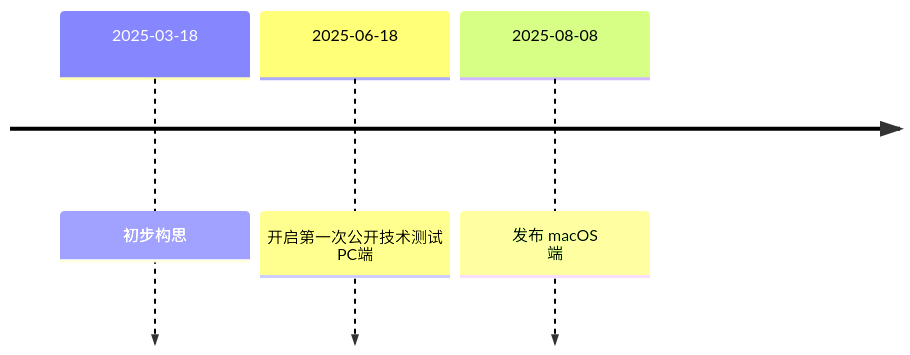
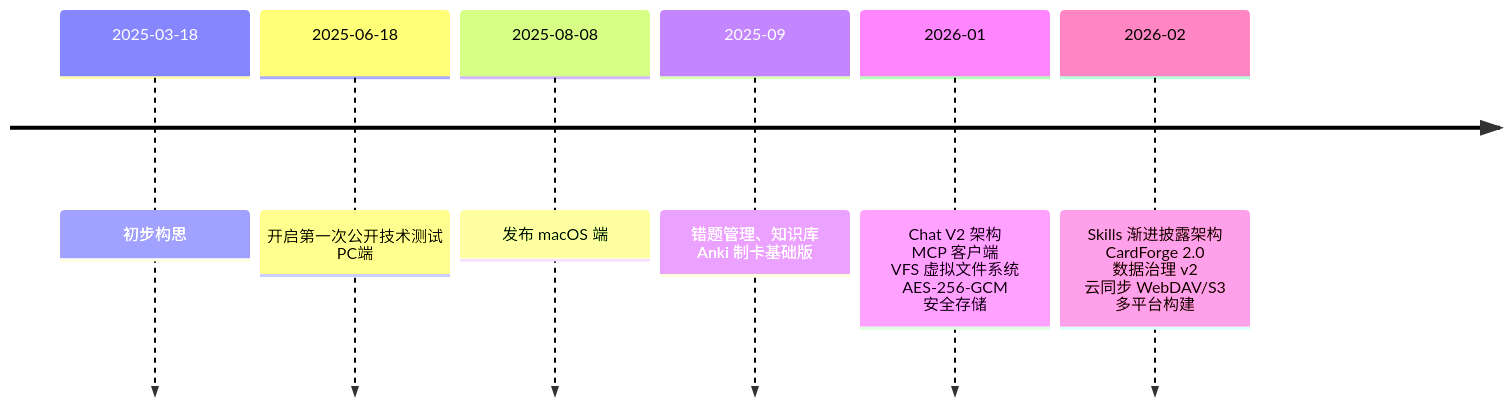
One commit to BA7MLV/ds-web changed the diagram in docs/guide/timeline.md. Above: the diagram before and after it, drawn with Mermaid. The commit also changed other lines of this file and 14 other files, not shown here.

````diff
--- a/docs/guide/timeline.md
+++ b/docs/guide/timeline.md
@@ -2,6 +2,9 @@
 ```mermaid
 timeline
     2025-03-18 : 初步构思
     2025-06-18 : 开启第一次公开技术测试<br>PC端
-    2025-08-08 : 发布 macOS<br>端
+    2025-08-08 : 发布 macOS 端
+    2025-09 : 错题管理、知识库<br>Anki 制卡基础版
+    2026-01 : Chat V2 架构<br>MCP 客户端<br>VFS 虚拟文件系统<br>AES-256-GCM 安全存储
+    2026-02 : Skills 渐进披露架构<br>CardForge 2.0<br>数据治理 v2<br>云同步 WebDAV/S3<br>多平台构建
 ```
````
